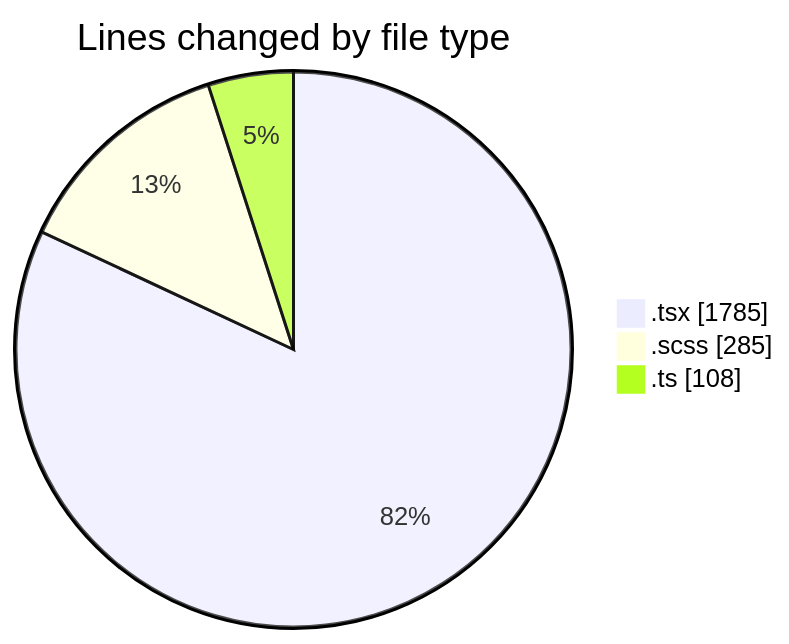
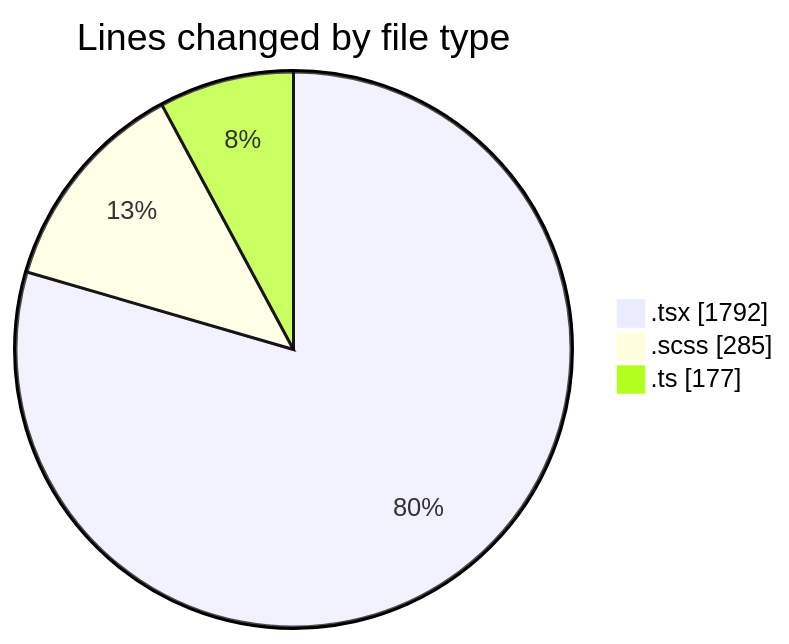
Before and after one commit to momahboobian/code-tracking: the first of 2 diagrams in 2026-02-25/cda/README.md, drawn with Mermaid. The commit also changed other lines of this file and 1 other file, not shown here.

````diff
--- a/2026-02-25/cda/README.md
+++ b/2026-02-25/cda/README.md
@@ -23,7 +24,7 @@
 ```mermaid
 pie showData
 title Lines changed by file type
-".tsx" : 1785
+".tsx" : 1792
 ".scss" : 285
-".ts" : 108
+".ts" : 177
 ```
````
